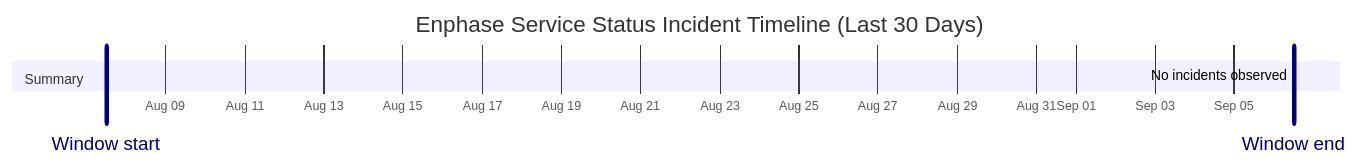
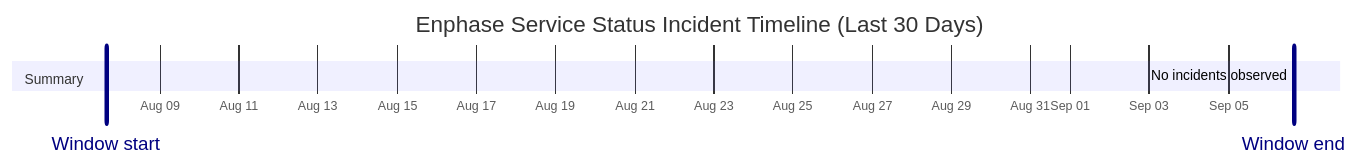
One commit to barneyonline/ha-enphase-energy changed the diagram in wiki/Service-Status-History.md. Above: the diagram before and after it, drawn with Mermaid. The commit also changed other lines of this file and 3 other files, not shown here.

````diff
--- a/wiki/Service-Status-History.md
+++ b/wiki/Service-Status-History.md
@@ -14,10 +14,10 @@
 ```mermaid
 gantt
     title Enphase Service Status Incident Timeline (Last 30 Days)
     dateFormat  YYYY-MM-DDTHH:mm:ss
     axisFormat  %b %d
-    Window start :vert, window-start, 2026-08-07T12:14:15, 0ms
-    Window end :vert, window-end, 2026-09-06T12:14:15, 0ms
+    Window start :vert, window-start, 2026-08-07T15:37:19, 0ms
+    Window end :vert, window-end, 2026-09-06T15:37:19, 0ms
     section Summary
-    No incidents observed :done, 2026-09-06T12:14:15, 1m
+    No incidents observed :done, 2026-09-06T15:37:19, 1m
 ```
````
